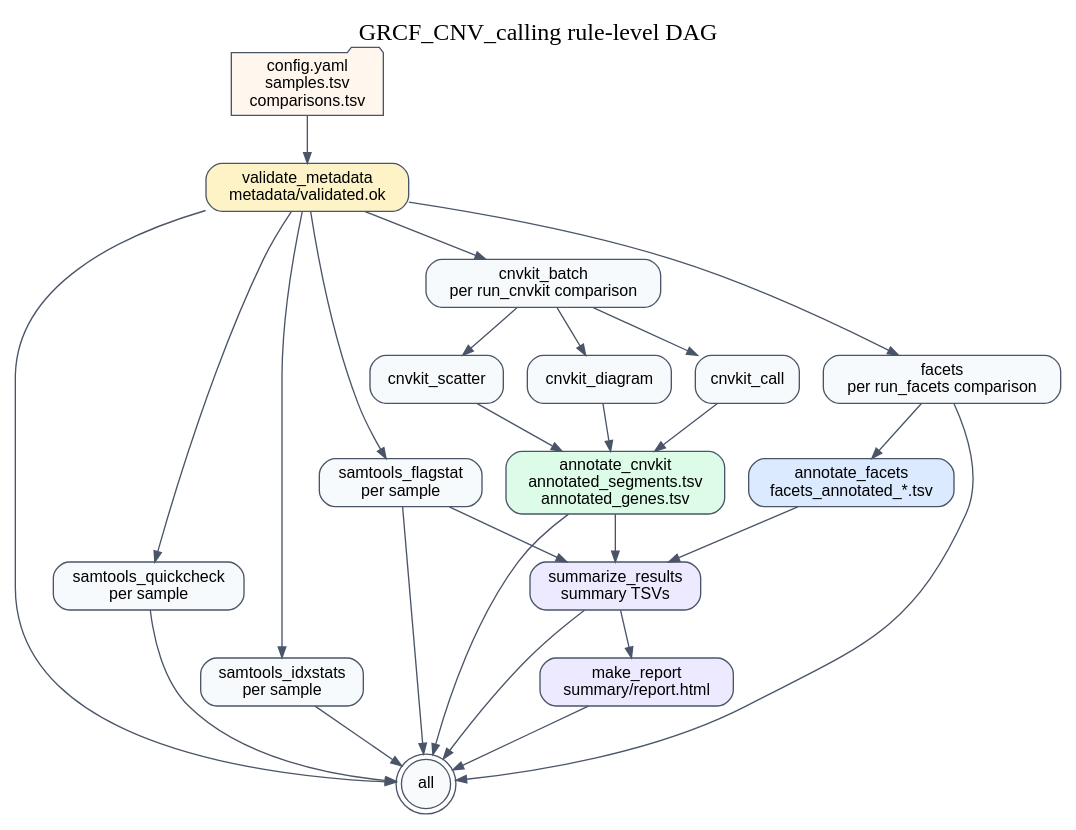
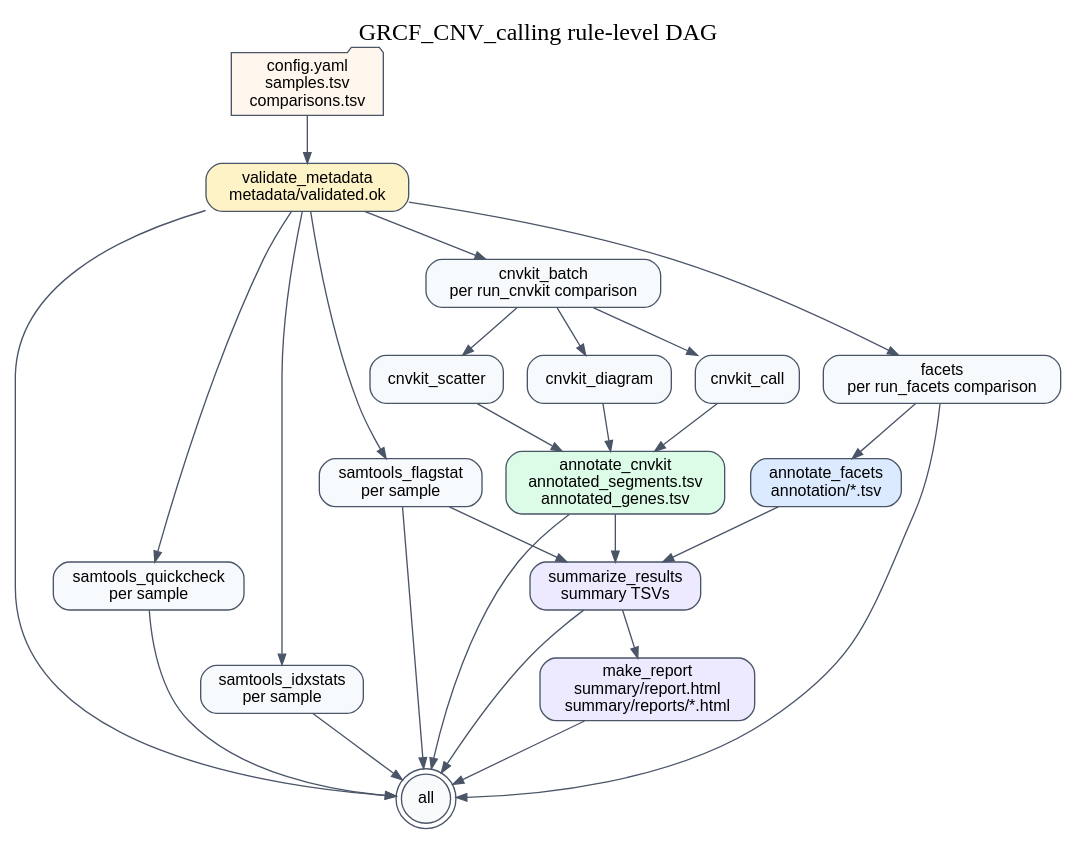
Before and after one commit to freshtuo/GRCF_CNV_calling: the diagram in docs/workflow_rulegraph.dot, drawn with Graphviz. The commit also changed 2 other files, not shown here.

```diff
--- a/docs/workflow_rulegraph.dot
+++ b/docs/workflow_rulegraph.dot
@@ -1,73 +1,73 @@
 digraph snakemake_rulegraph {
     graph [
         rankdir = TB,
         fontsize = 18,
         labelloc = "t",
         label = "GRCF_CNV_calling rule-level DAG"
     ];
 
     node [
         shape = box,
         style = "rounded,filled",
         color = "#4a5568",
         fillcolor = "#f7fafc",
         fontname = "Helvetica",
         fontsize = 12
     ];
 
     edge [
         color = "#4a5568",
         arrowsize = 0.8
     ];
 
     metadata [label = "config.yaml\nsamples.tsv\ncomparisons.tsv", shape = folder, fillcolor = "#fff7ed"];
     validate_metadata [label = "validate_metadata\nmetadata/validated.ok", fillcolor = "#fef3c7"];
 
     samtools_quickcheck [label = "samtools_quickcheck\nper sample"];
     samtools_flagstat [label = "samtools_flagstat\nper sample"];
     samtools_idxstats [label = "samtools_idxstats\nper sample"];
 
     cnvkit_batch [label = "cnvkit_batch\nper run_cnvkit comparison"];
     cnvkit_call [label = "cnvkit_call"];
     cnvkit_scatter [label = "cnvkit_scatter"];
     cnvkit_diagram [label = "cnvkit_diagram"];
     annotate_cnvkit [label = "annotate_cnvkit\nannotated_segments.tsv\nannotated_genes.tsv", fillcolor = "#dcfce7"];
 
     facets [label = "facets\nper run_facets comparison"];
-    annotate_facets [label = "annotate_facets\nfacets_annotated_*.tsv", fillcolor = "#dbeafe"];
+    annotate_facets [label = "annotate_facets\nannotation/*.tsv", fillcolor = "#dbeafe"];
 
     summarize_results [label = "summarize_results\nsummary TSVs", fillcolor = "#ede9fe"];
-    make_report [label = "make_report\nsummary/report.html", fillcolor = "#ede9fe"];
+    make_report [label = "make_report\nsummary/report.html\nsummary/reports/*.html", fillcolor = "#ede9fe"];
     all [label = "all", shape = doublecircle, fillcolor = "#f8fafc"];
 
     metadata -> validate_metadata;
 
     validate_metadata -> samtools_quickcheck;
     validate_metadata -> samtools_flagstat;
     validate_metadata -> samtools_idxstats;
 
     validate_metadata -> cnvkit_batch;
     cnvkit_batch -> cnvkit_call;
     cnvkit_batch -> cnvkit_scatter;
     cnvkit_batch -> cnvkit_diagram;
     cnvkit_call -> annotate_cnvkit;
     cnvkit_scatter -> annotate_cnvkit;
     cnvkit_diagram -> annotate_cnvkit;
 
     validate_metadata -> facets;
     facets -> annotate_facets;
 
     annotate_cnvkit -> summarize_results;
     annotate_facets -> summarize_results;
     samtools_flagstat -> summarize_results;
     summarize_results -> make_report;
 
     validate_metadata -> all;
     samtools_quickcheck -> all;
     samtools_flagstat -> all;
     samtools_idxstats -> all;
     annotate_cnvkit -> all;
     facets -> all;
     summarize_results -> all;
     make_report -> all;
 }
```
